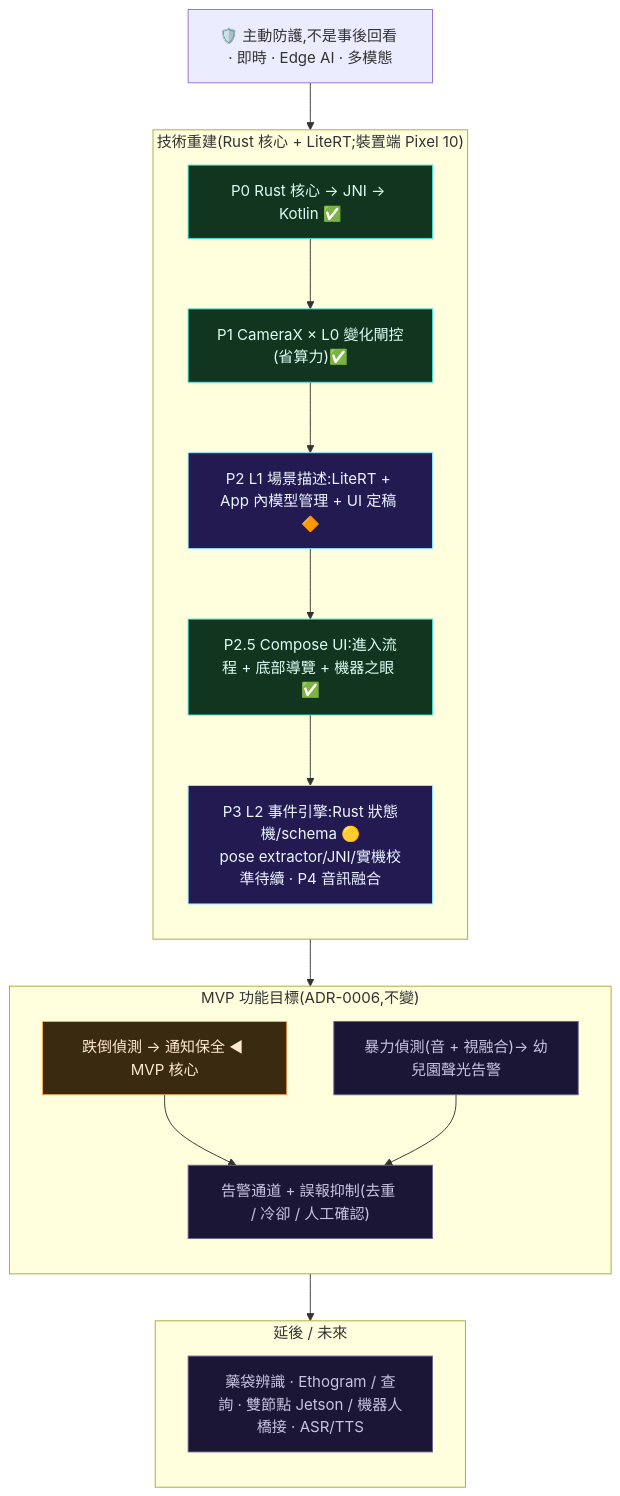
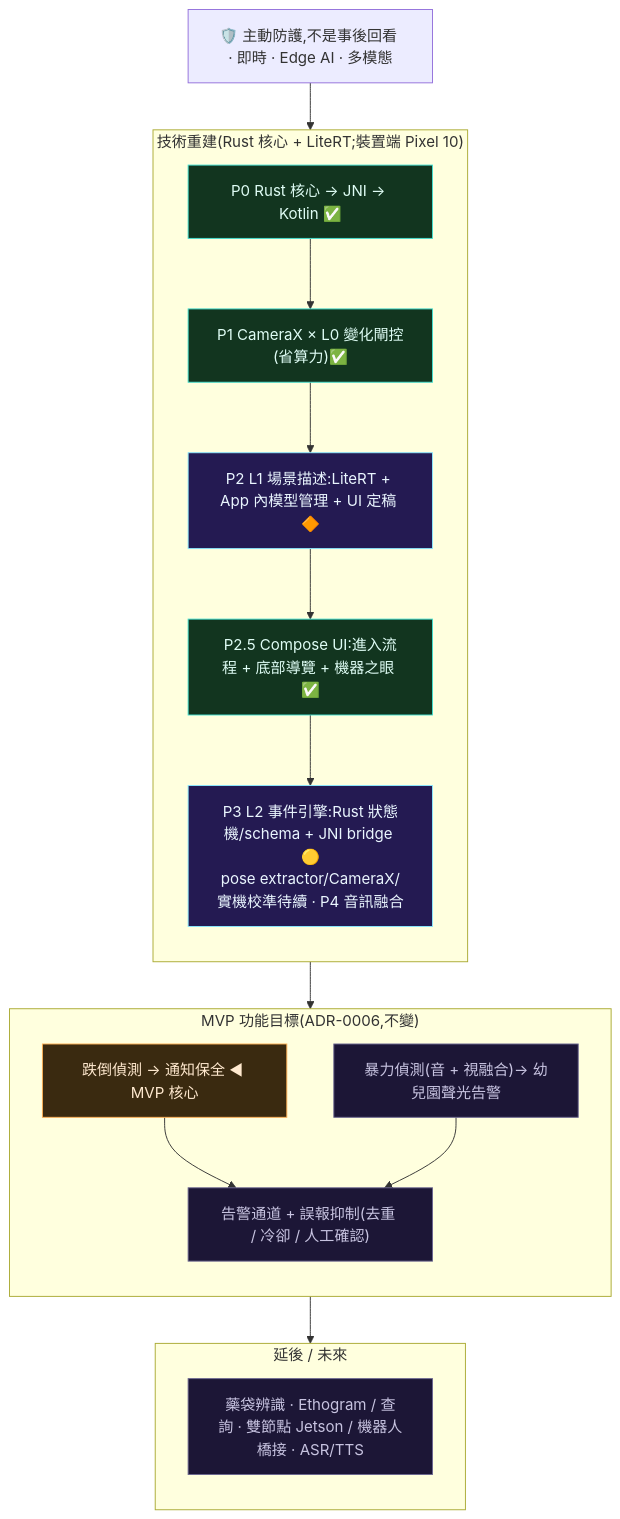
One commit to TingFengChou/claustrum changed the first of 3 diagrams in README.md. Above: the diagram before and after it, drawn with Mermaid. The commit also changed other lines of this file and 21 other files, not shown here.

````diff
--- a/README.md
+++ b/README.md
@@ -73,39 +74,39 @@
 ```mermaid
 flowchart TD
   T["🛡️ 主動防護,不是事後回看 · 即時 · Edge AI · 多模態"]
 
   subgraph TECH["技術重建(Rust 核心 + LiteRT;裝置端 Pixel 10)"]
     direction TB
     P0["P0 Rust 核心 → JNI → Kotlin ✅"]
     P1["P1 CameraX × L0 變化閘控(省算力)✅"]
     P2["P2 L1 場景描述:LiteRT + App 內模型管理 + UI 定稿 🔶"]
     P25["P2.5 Compose UI:進入流程 + 底部導覽 + 機器之眼 ✅"]
-    P3T["P3 L2 事件引擎:Rust 狀態機/schema 🟡<br/>pose extractor/JNI/實機校準待續 · P4 音訊融合"]
+    P3T["P3 L2 事件引擎:Rust 狀態機/schema + JNI bridge 🟡<br/>pose extractor/CameraX/實機校準待續 · P4 音訊融合"]
     P0 --> P1 --> P2 --> P25 --> P3T
   end
 
   subgraph MVP["MVP 功能目標(ADR-0006,不變)"]
     direction TB
     B["跌倒偵測 → 通知保全 ◀ MVP 核心"]
     C["暴力偵測(音 + 視融合)→ 幼兒園聲光告警"]
     D["告警通道 + 誤報抑制(去重 / 冷卻 / 人工確認)"]
     B --> D
     C --> D
   end
 
   subgraph LATER["延後 / 未來"]
     direction TB
     F["藥袋辨識 · Ethogram / 查詢 · 雙節點 Jetson / 機器人橋接 · ASR/TTS"]
   end
 
   T --> TECH --> MVP --> LATER
 
   classDef done fill:#12351f,stroke:#43e0d0,color:#dffdf5;
   classDef now fill:#241a52,stroke:#8be9ff,color:#eaf6ff;
   classDef next fill:#3a2a10,stroke:#ffb054,color:#ffe9cf;
   classDef future fill:#1c1636,stroke:#6b6690,color:#c7c3e0;
   class P0,P1,P25 done;
   class P2,P3T now;
   class B next;
   class C,D,F future;
 ```
````
